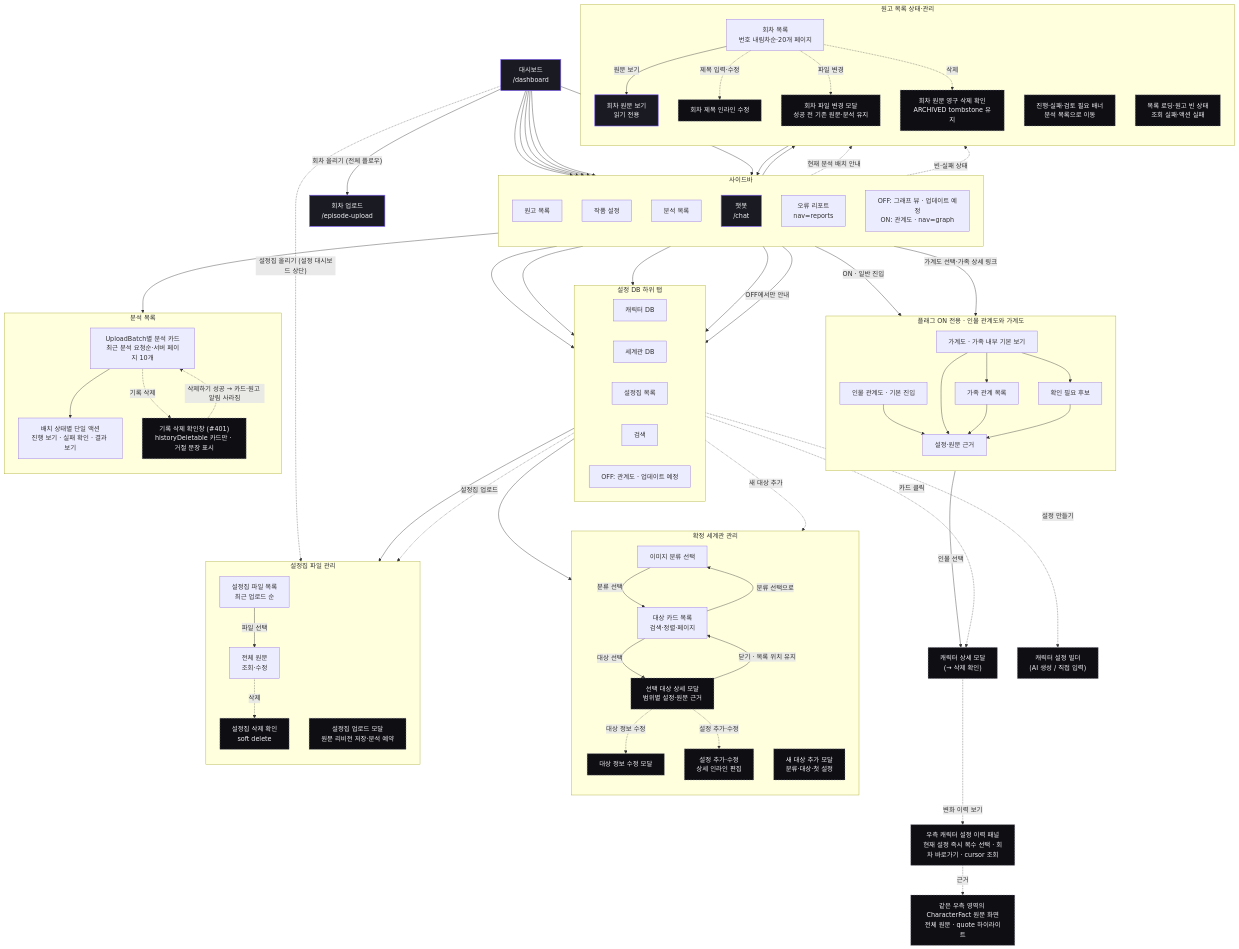
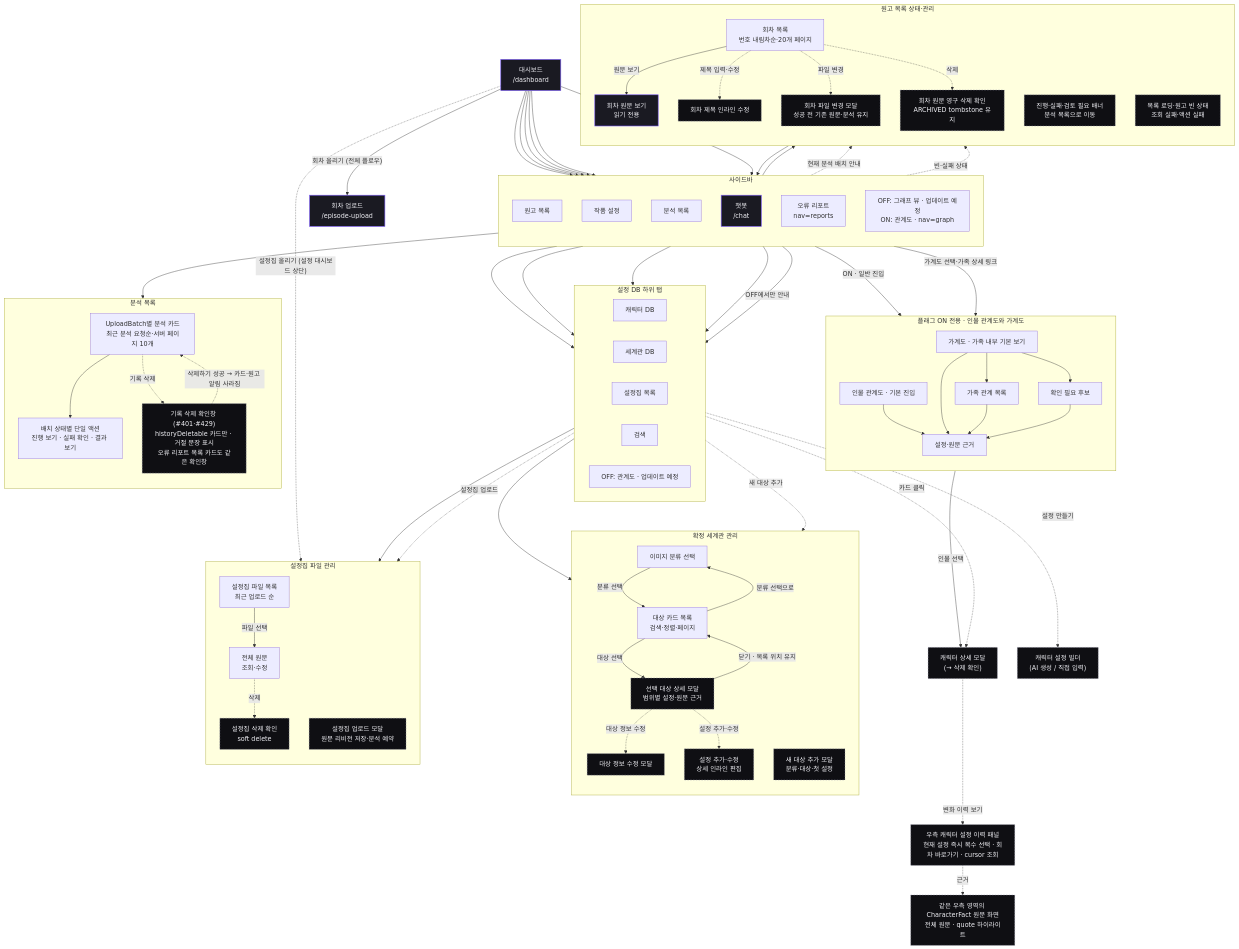
The eighth of 21 diagrams in docs/screen-flow.md (catchhole-soma/catchhole-front), drawn with Mermaid before and after one commit. The commit also changed other lines of this file and 1 other file, not shown here.

First line of the commit message:
docs(analysis): 오류 리포트 목록의 기록 삭제와 삭제 회차 숨김을 기록한다

```diff
--- a/docs/screen-flow.md
+++ b/docs/screen-flow.md
@@ -448,7 +448,7 @@
     direction TB
     analysis_batches["UploadBatch별 분석 카드<br/>최근 분석 요청순·서버 페이지 10개"]
     analysis_actions["배치 상태별 단일 액션<br/>진행 보기 · 실패 확인 · 결과 보기"]
-    analysis_history_delete["기록 삭제 확인창 (#401)<br/>historyDeletable 카드만 · 거절 문장 표시"]:::modal
+    analysis_history_delete["기록 삭제 확인창 (#401·#429)<br/>historyDeletable 카드만 · 거절 문장 표시<br/>오류 리포트 목록 카드도 같은 확인창"]:::modal
   end
   nav_analyses --> analysis_batches
   analysis_batches --> analysis_actions
```
